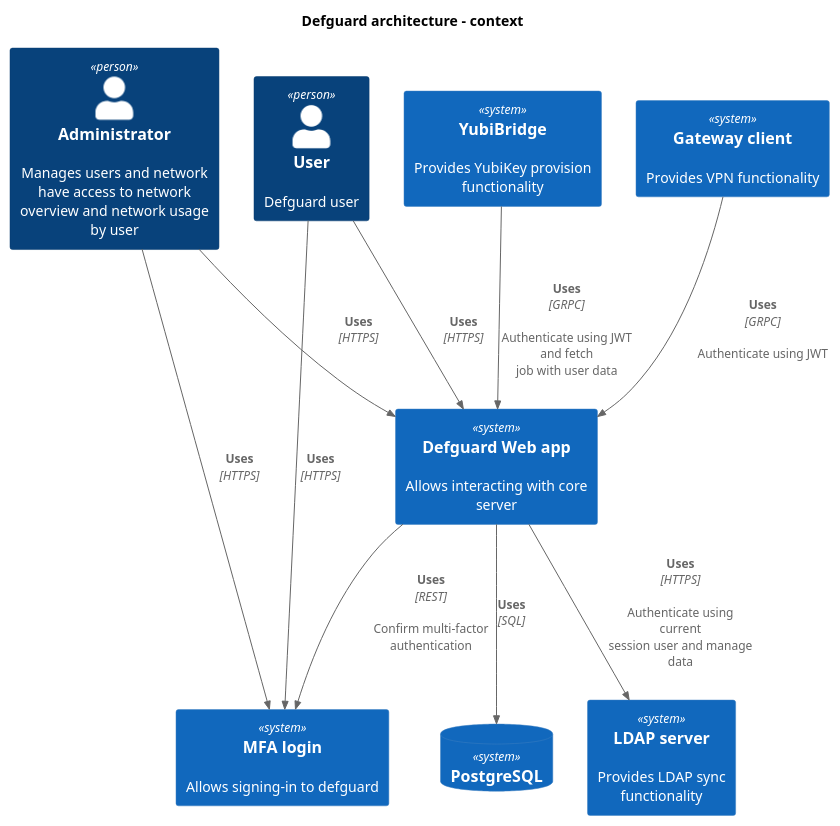
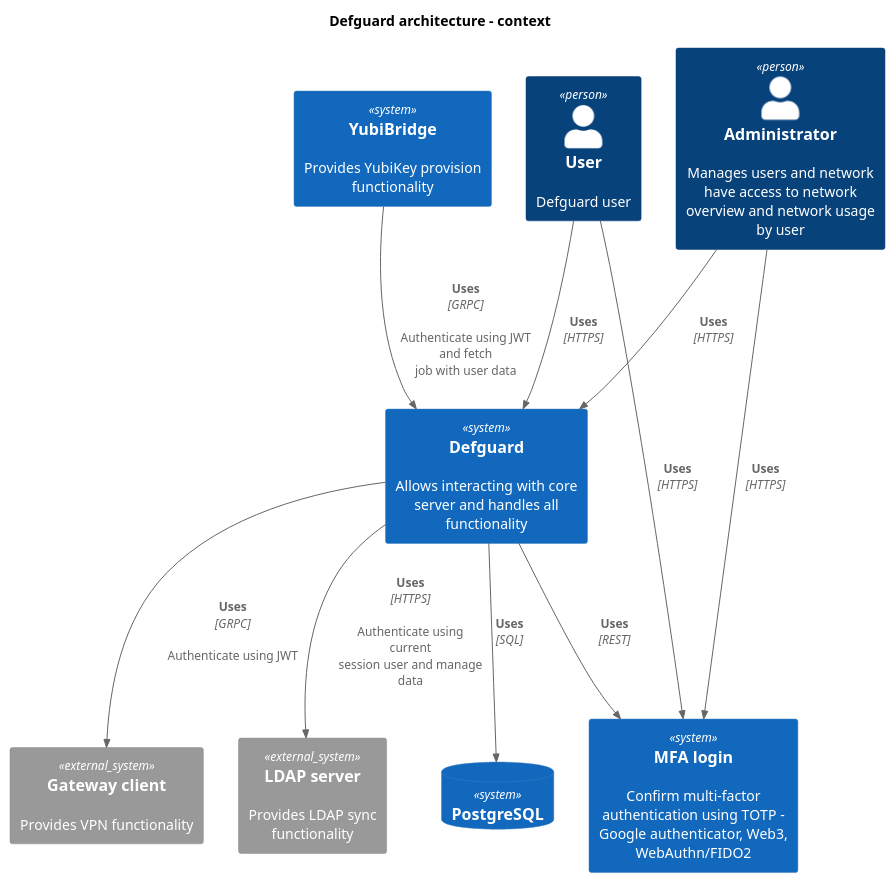
Before and after one commit to DefGuard/docs: the diagram in in-depth/puml/architecture-context.puml, drawn with PlantUML.

Commit message:
fix context architecture diagram

```diff
--- a/in-depth/puml/architecture-context.puml
+++ b/in-depth/puml/architecture-context.puml
@@ -1,22 +1,22 @@
 @startuml
 title Defguard architecture - context
 !include https://raw.githubusercontent.com/plantuml-stdlib/C4-PlantUML/master/C4_Container.puml
 Person(user, "User", "Defguard user")
 Person(admin, "Administrator", "Manages users and network have access to network overview and network usage by user")
-System(web, "Defguard Web app", "Allows interacting with core server")
-System(mfa, "MFA login", "Allows signing-in to defguard")
-System(wireguard, "Gateway client", "Provides VPN functionality")
-System(ldap, "LDAP server", "Provides LDAP sync functionality")
+System(web, "Defguard", "Allows interacting with core server and handles all functionality")
+System(mfa, "MFA login", "Confirm multi-factor authentication using TOTP - Google authenticator, Web3, WebAuthn/FIDO2 ")
+System_Ext(wireguard, "Gateway client", "Provides VPN functionality")
+System_Ext(ldap, "LDAP server", "Provides LDAP sync functionality")
 System(yubibridge, "YubiBridge", "Provides YubiKey provision functionality")
 SystemDb(database, "PostgreSQL")
 
 Rel(admin, web, "Uses", "HTTPS", $tags="firewall")
 Rel(admin, mfa, "Uses", "HTTPS", $tags="firewall")
 Rel(user, web, "Uses", "HTTPS", $tags="firewall")
 Rel(user, mfa, "Uses", "HTTPS", $tags="firewall")
 Rel(web, ldap, "Uses", "HTTPS", "Authenticate using current session user and manage data")
-Rel(wireguard, web, "Uses", "GRPC", "Authenticate using JWT")
-Rel(web, mfa, "Uses", "REST", "Confirm multi-factor authentication")
+Rel(web, wireguard, "Uses", "GRPC", "Authenticate using JWT")
+Rel(web, mfa, "Uses", "REST", "") 
 Rel(web, database, "Uses", "SQL")
 Rel(yubibridge, web, "Uses", "GRPC", "Authenticate using JWT and fetch job with user data")
 @enduml
```
